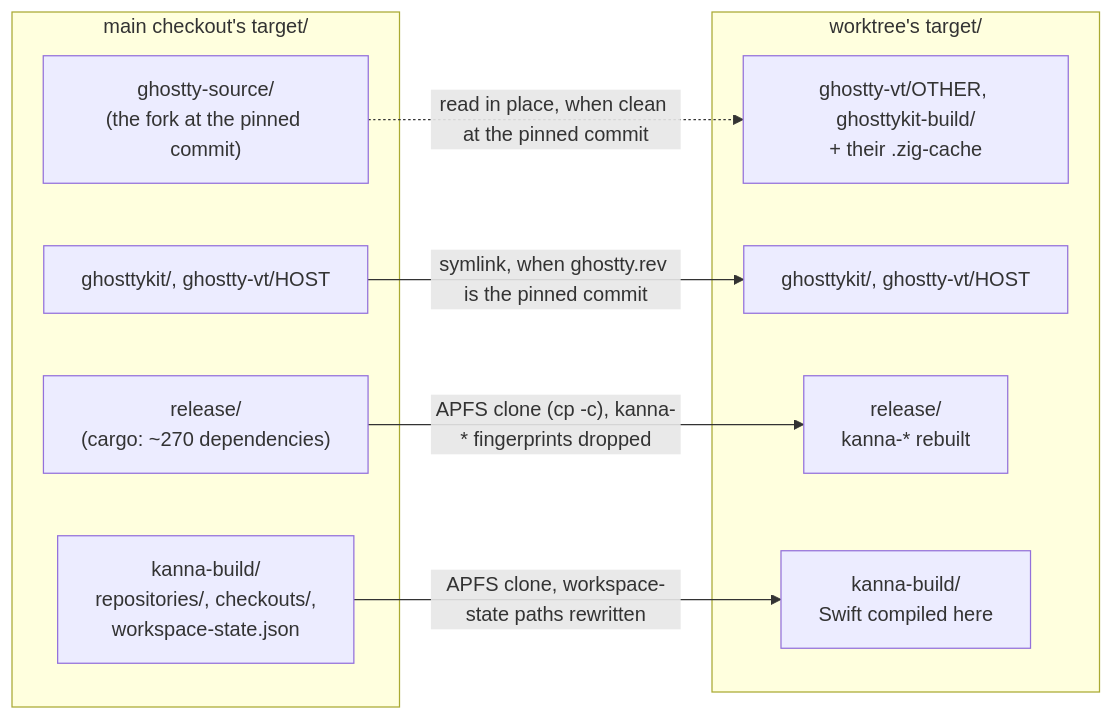
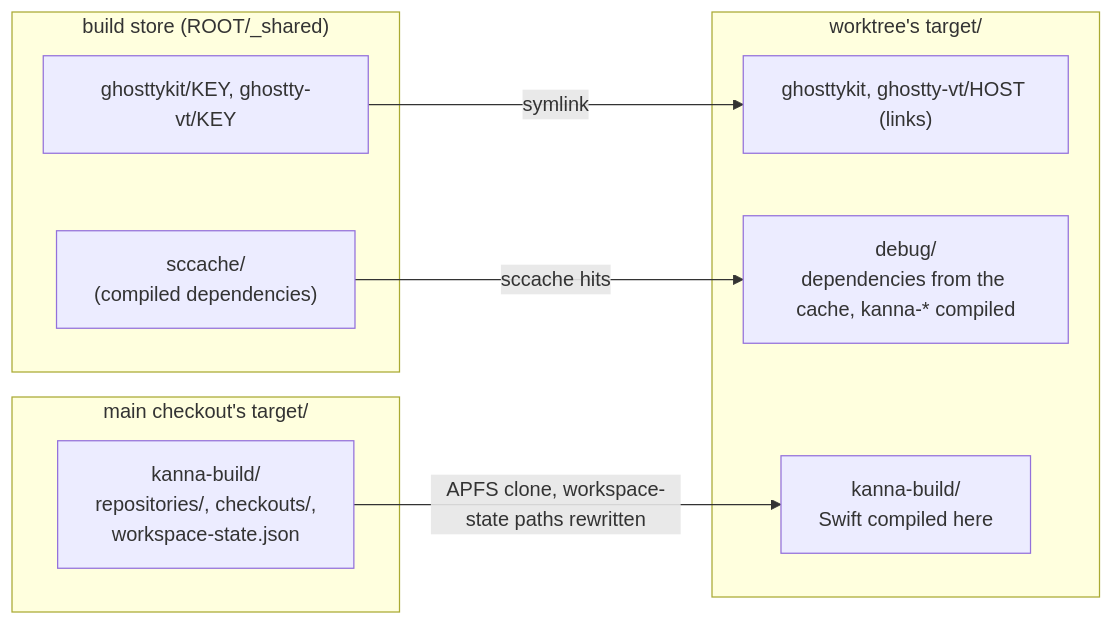
Before and after one commit to tampopogk/kanna: the diagram in docs/specs/build-speed.md, drawn with Mermaid. The commit also changed other lines of this file and 12 other files, not shown here.

Commit message:
Build store: seed a worktree's Rust dependencies from a store build of main's Cargo.lock

````diff
--- a/docs/specs/build-speed.md
+++ b/docs/specs/build-speed.md
@@ -7,19 +7,18 @@
 ```mermaid
 flowchart LR
+    subgraph S["build store (ROOT/_shared)"]
+        G["ghosttykit/KEY, ghostty-vt/KEY"]
+        C["sccache/<br/>(compiled dependencies)"]
+    end
     subgraph M["main checkout's target/"]
-        S["ghostty-source/<br/>(the fork at the pinned commit)"]
-        G["ghosttykit/, ghostty-vt/HOST"]
-        R["release/<br/>(cargo: ~270 dependencies)"]
         K["kanna-build/<br/>repositories/, checkouts/,<br/>workspace-state.json"]
     end
     subgraph W["worktree's target/"]
-        B["ghostty-vt/OTHER, ghosttykit-build/<br/>+ their .zig-cache"]
-        G2["ghosttykit/, ghostty-vt/HOST"]
-        R2["release/<br/>kanna-* rebuilt"]
+        G2["ghosttykit, ghostty-vt/HOST (links)"]
+        R2["debug/<br/>dependencies from the cache, kanna-* compiled"]
         K2["kanna-build/<br/>Swift compiled here"]
     end
-    S -.->|"read in place, when clean at the pinned commit"| B
-    G -->|"symlink, when ghostty.rev is the pinned commit"| G2
-    R -->|"APFS clone (cp -c), kanna-* fingerprints dropped"| R2
+    G -->|"symlink"| G2
+    C -->|"sccache hits"| R2
     K -->|"APFS clone, workspace-state paths rewritten"| K2
 ```
````
